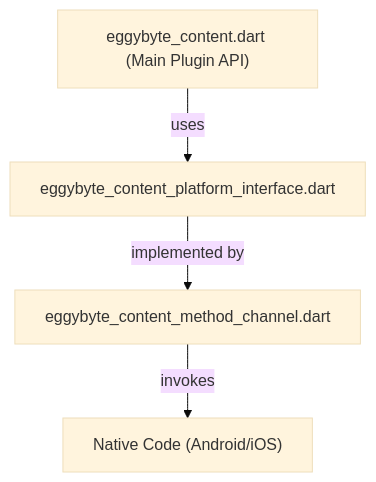
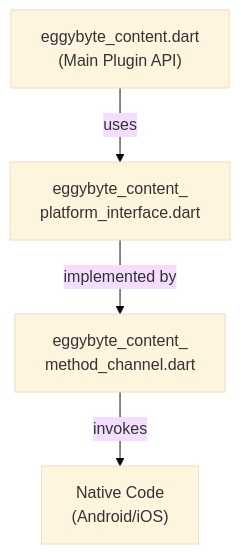
Before and after one commit to eggybyte-technology/flutter-eggybyte-content: the diagram in README.md, drawn with Mermaid (base theme).

Commit message:
John Feng 20250519-040127

````diff
--- a/README.md
+++ b/README.md
@@ -31,6 +31,6 @@
 ```mermaid
 graph TD
-    A["eggybyte_content.dart (Main Plugin API)"] -->|uses| B["eggybyte_content_platform_interface.dart"]
-    B -->|implemented by| C["eggybyte_content_method_channel.dart"]
-    C -->|invokes| D["Native Code (Android/iOS)"]
+    A["eggybyte_content.dart<br>(Main Plugin API)"] -->|uses| B["eggybyte_content_<br>platform_interface.dart"]
+    B -->|implemented by| C["eggybyte_content_<br>method_channel.dart"]
+    C -->|invokes| D["Native Code<br>(Android/iOS)"]
 ```
````
